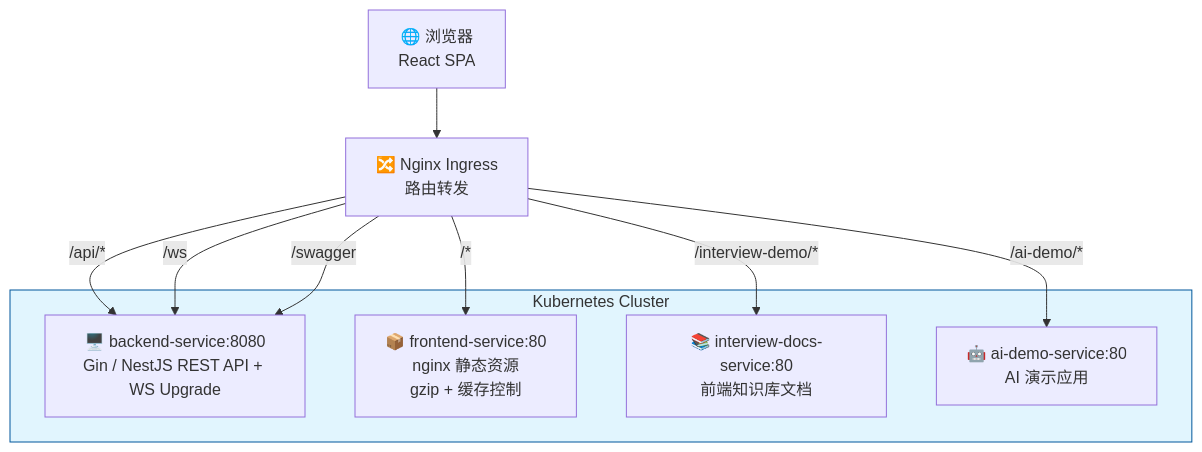
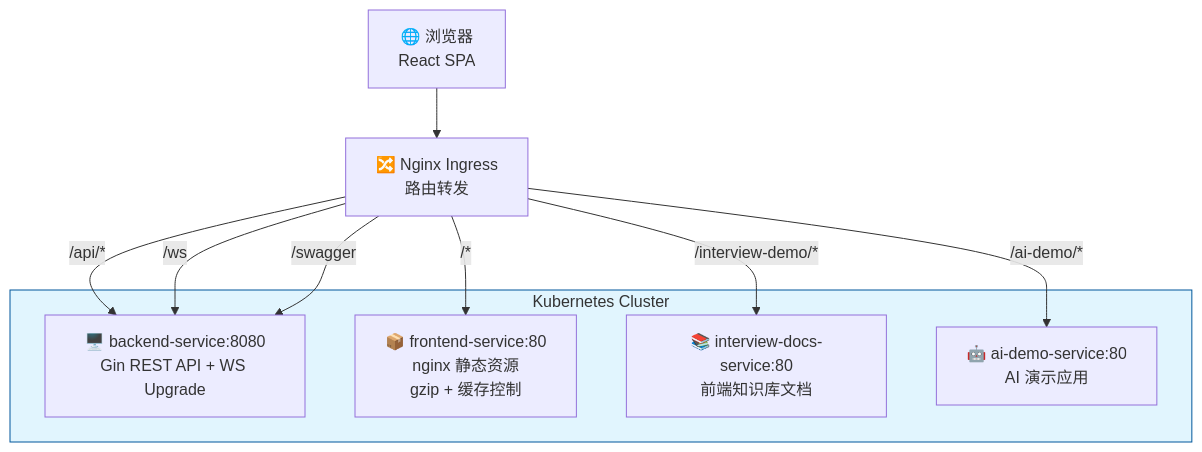
One commit to KMaybe01/interview-demo changed the fourth of 6 diagrams in docs/WIKI.md. Above: the diagram before and after it, drawn with Mermaid. The commit also changed other lines of this file and 8 other files, not shown here.

````diff
--- a/docs/WIKI.md
+++ b/docs/WIKI.md
@@ -390,20 +325,20 @@
 ```mermaid
 graph TB
     User["🌐 浏览器<br/>React SPA"] --> Ingress["🔀 Nginx Ingress<br/>路由转发"]
 
-    Ingress -->|"/api/*"| Backend["🖥️ backend-service:8080<br/>Gin / NestJS REST API + WS Upgrade"]
+    Ingress -->|"/api/*"| Backend["🖥️ backend-service:8080<br/>Gin REST API + WS Upgrade"]
     Ingress -->|"/*"| Frontend["📦 frontend-service:80<br/>nginx 静态资源<br/>gzip + 缓存控制"]
     Ingress -->|"/ws"| Backend
     Ingress -->|"/swagger"| Backend
     Ingress -->|"/interview-demo/*"| Docs["📚 interview-docs-service:80<br/>前端知识库文档"]
     Ingress -->|"/ai-demo/*"| AIDemo["🤖 ai-demo-service:80<br/>AI 演示应用"]
 
     subgraph K8s["Kubernetes Cluster"]
         Frontend
         Backend
         Docs
         AIDemo
     end
 
     style K8s fill:#e1f5fe,stroke:#01579b
 ```
````
